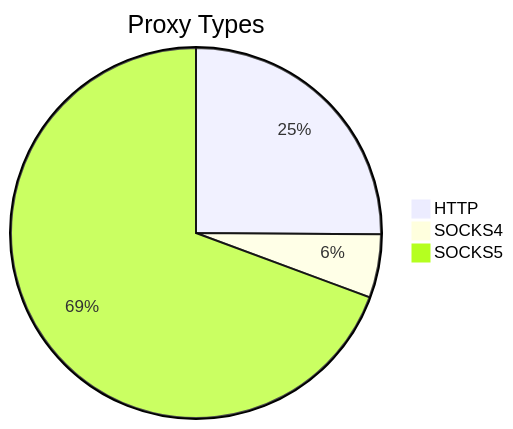
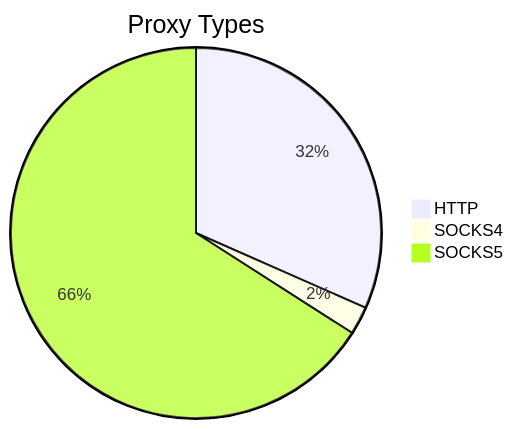
One commit to stormsia/proxy-list changed the first of 2 diagrams in README.md. Above: the diagram before and after it, drawn with Mermaid. The commit also changed other lines of this file, not shown here.

````diff
--- a/README.md
+++ b/README.md
@@ -21,6 +21,6 @@
 ```mermaid
 pie title Proxy Types
-    "HTTP" : 109
-    "SOCKS4" : 24
-    "SOCKS5" : 301
+    "HTTP" : 116
+    "SOCKS4" : 9
+    "SOCKS5" : 242
 ```
````
